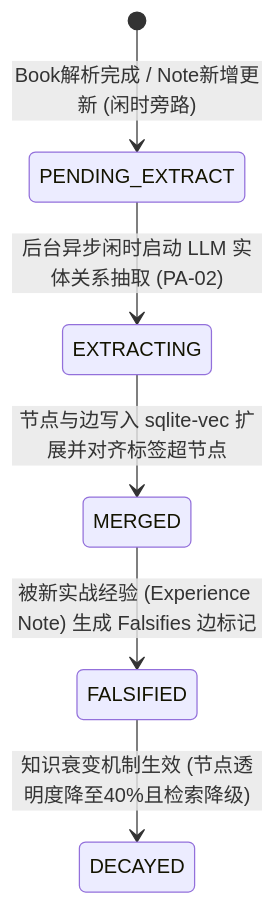
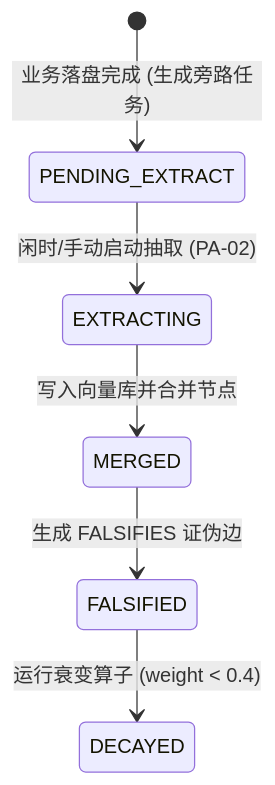
Before and after one commit to shanglihong/i-have-a-plan: the seventh of 7 diagrams in docs/04_interaction_design/flow_state_spec-v1.0.md, drawn with Mermaid. The commit also changed other lines of this file and 3 other files, not shown here.

````diff
--- a/docs/04_interaction_design/flow_state_spec-v1.0.md
+++ b/docs/04_interaction_design/flow_state_spec-v1.0.md
@@ -252,8 +168,8 @@
 ```mermaid
 stateDiagram-v2
-    [*] --> PENDING_EXTRACT : Book解析完成 / Note新增更新 (闲时旁路)
-    PENDING_EXTRACT --> EXTRACTING : 后台异步闲时启动 LLM 实体关系抽取 (PA-02)
-    EXTRACTING --> MERGED : 节点与边写入 sqlite-vec 扩展并对齐标签超节点
-    MERGED --> FALSIFIED : 被新实战经验 (Experience Note) 生成 Falsifies 边标记
-    FALSIFIED --> DECAYED : 知识衰变机制生效 (节点透明度降至40%且检索降级)
+    [*] --> PENDING_EXTRACT : 业务落盘完成 (生成旁路任务)
+    PENDING_EXTRACT --> EXTRACTING : 闲时/手动启动抽取 (PA-02)
+    EXTRACTING --> MERGED : 写入向量库并合并节点
+    MERGED --> FALSIFIED : 生成 FALSIFIES 证伪边
+    FALSIFIED --> DECAYED : 运行衰变算子 (weight < 0.4)
 ```
````
